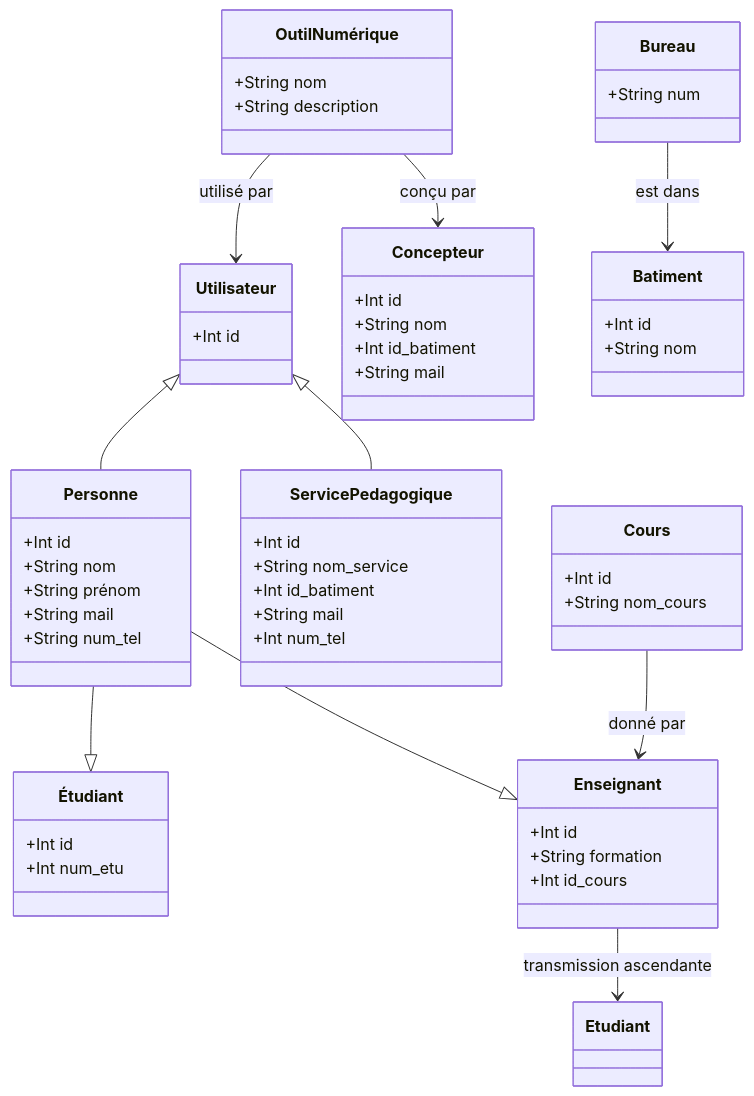
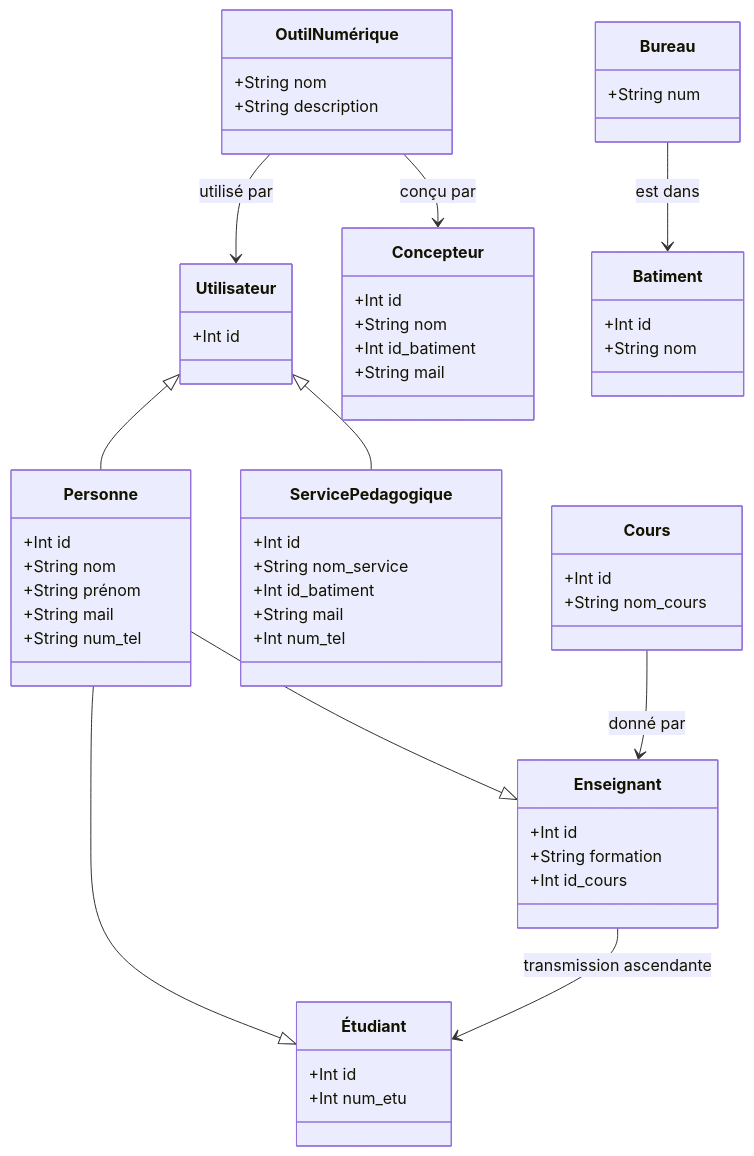
The diagram in class.md (lmimouni-rim/EDUCATION), drawn with Mermaid before and after one commit.

````diff
--- a/class.md
+++ b/class.md
@@ -1,63 +1,63 @@
 ```mermaid
 
 classDiagram
     class Utilisateur
     Utilisateur <|-- Personne
     Utilisateur <|-- ServicePedagogique
     Utilisateur : +Int id
 
     class Personne
     Personne --|> Étudiant
     Personne --|>Enseignant
     Personne : +Int id
     Personne : +String nom
     Personne : +String prénom
     Personne : +String mail
     Personne : +String num_tel
     
     class Étudiant
     Étudiant : +Int id
     Étudiant : +Int num_etu
 
     class Enseignant 
     Enseignant : +Int id
     Enseignant : +String formation 
     Enseignant : +Int id_cours
 
  
     class ServicePedagogique
     ServicePedagogique : +Int id
     ServicePedagogique : +String nom_service
     ServicePedagogique : +Int id_batiment 
     ServicePedagogique : +String mail 
     ServicePedagogique : +Int num_tel 
 
     class Concepteur
     Concepteur : +Int id
     Concepteur : +String nom
     Concepteur : +Int id_batiment
     Concepteur : +String mail 
     
     class OutilNumérique 
     OutilNumérique --> Utilisateur : utilisé par
     OutilNumérique --> Concepteur: conçu par
     OutilNumérique : +String nom
     OutilNumérique : +String description
 
     class Cours
     Cours : +Int id
     Cours : +String nom_cours
 
     class Batiment
     Batiment : +Int id
     Batiment : +String nom
 
     class Bureau
     Bureau --> Batiment : est dans
     Bureau : +String num
 
     Cours --> Enseignant : donné par
-    Enseignant --> Etudiant : transmission ascendante
+    Enseignant --> Étudiant : transmission ascendante
 
  
 ```
````
